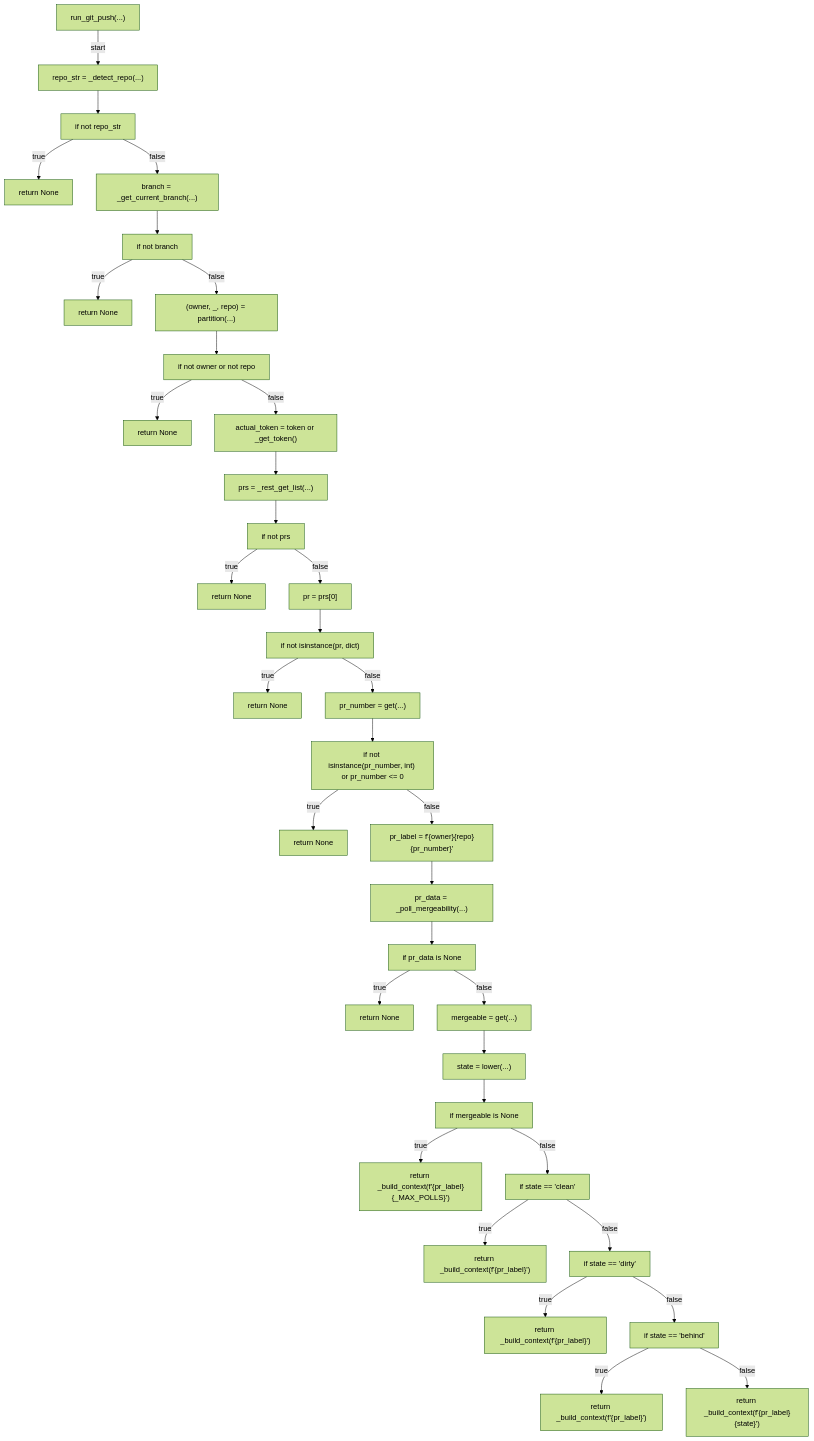
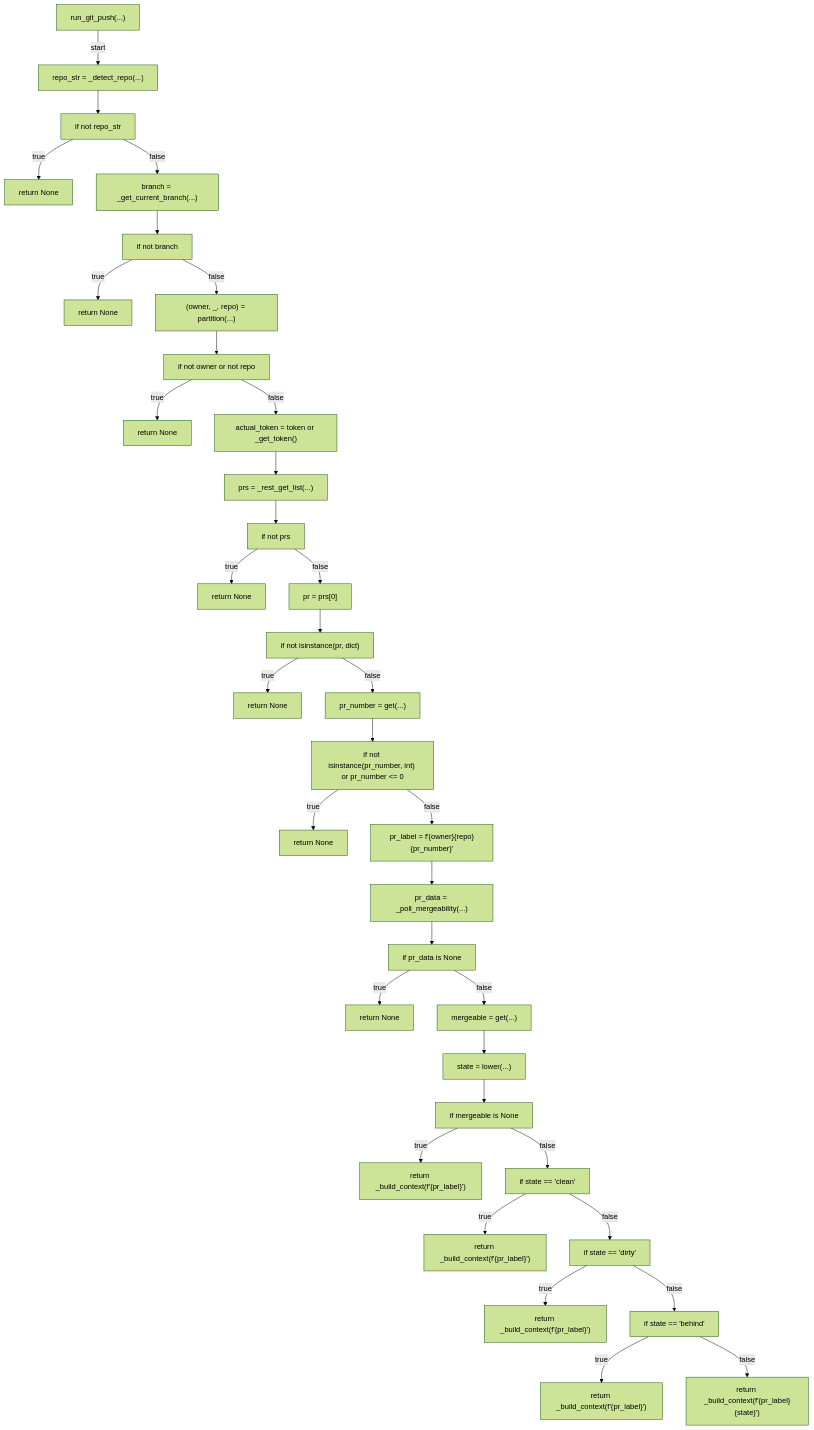
Before and after one commit to tvna/claude-md: diagram 13 of 14 in docs/generated/scripts/ast/check_pr_mergeability.md, drawn with Mermaid (forest theme). The commit also changed other lines of this file and 1 other file, not shown here.

First line of the commit message:
docs(generated): regenerate decision tree and workflow diagrams

````diff
--- a/docs/generated/scripts/ast/check_pr_mergeability.md
+++ b/docs/generated/scripts/ast/check_pr_mergeability.md
@@ -346,72 +348,72 @@
 ```mermaid
 flowchart TD
     N001["run_git_push(...)"]
     N002["repo_str = _detect_repo(...)"]
     N003["if not repo_str"]
     N004["return None"]
     N005["branch = _get_current_branch(...)"]
     N006["if not branch"]
     N007["return None"]
     N008["(owner, _, repo) = partition(...)"]
     N009["if not owner or not repo"]
     N010["return None"]
     N011["actual_token = token or _get_token()"]
     N012["prs = _rest_get_list(...)"]
     N013["if not prs"]
     N014["return None"]
     N015["pr = prs[0]"]
     N016["if not isinstance(pr, dict)"]
     N017["return None"]
     N018["pr_number = get(...)"]
     N019["if not isinstance(pr_number, int) or pr_number <= 0"]
     N020["return None"]
     N021["pr_label = f'{owner}<str>{repo}<str>{pr_number}'"]
     N022["pr_data = _poll_mergeability(...)"]
     N023["if pr_data is None"]
     N024["return None"]
     N025["mergeable = get(...)"]
     N026["state = lower(...)"]
     N027["if mergeable is None"]
-    N028["return _build_context(f'<str>{pr_label}<str>{_MAX_POLLS}<str>')"]
+    N028["return _build_context(f'<str>{pr_label}<str>')"]
     N029["if state == 'clean'"]
     N030["return _build_context(f'<str>{pr_label}<str>')"]
     N031["if state == 'dirty'"]
     N032["return _build_context(f'<str>{pr_label}<str>')"]
     N033["if state == 'behind'"]
     N034["return _build_context(f'<str>{pr_label}<str>')"]
     N035["return _build_context(f'<str>{pr_label}<str>{state}<str>')"]
     N001 -->|"start"| N002
     N002 --> N003
     N003 -->|"true"| N004
     N003 -->|"false"| N005
     N005 --> N006
     N006 -->|"true"| N007
     N006 -->|"false"| N008
     N008 --> N009
     N009 -->|"true"| N010
     N009 -->|"false"| N011
     N011 --> N012
     N012 --> N013
     N013 -->|"true"| N014
     N013 -->|"false"| N015
     N015 --> N016
     N016 -->|"true"| N017
     N016 -->|"false"| N018
     N018 --> N019
     N019 -->|"true"| N020
     N019 -->|"false"| N021
     N021 --> N022
     N022 --> N023
     N023 -->|"true"| N024
     N023 -->|"false"| N025
     N025 --> N026
     N026 --> N027
     N027 -->|"true"| N028
     N027 -->|"false"| N029
     N029 -->|"true"| N030
     N029 -->|"false"| N031
     N031 -->|"true"| N032
     N031 -->|"false"| N033
     N033 -->|"true"| N034
     N033 -->|"false"| N035
 ```
````
